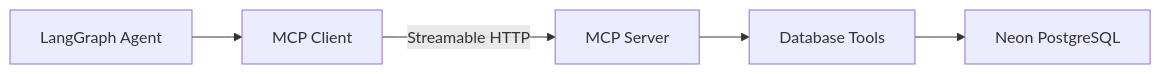
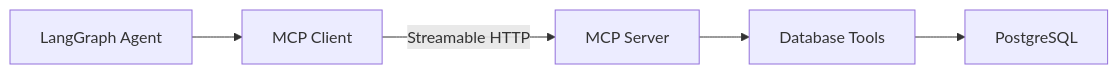
The sixth of 7 diagrams in README.md (radhey004/database--agent), drawn with Mermaid before and after one commit. The commit also changed other lines of this file, not shown here.

````diff
--- a/README.md
+++ b/README.md
@@ -610,7 +613,13 @@
 ```mermaid
 flowchart LR
-    A[LangGraph Agent] --> B[MCP Client]
-    B -->|Streamable HTTP| C[MCP Server]
-    C --> D[Database Tools]
-    D --> E[Neon PostgreSQL]
+
+    A[LangGraph Agent]
+
+    A --> C[MCP Client]
+
+    C -->|Streamable HTTP| S[MCP Server]
+
+    S --> T[Database Tools]
+
+    T --> D[PostgreSQL]
 ```
````
